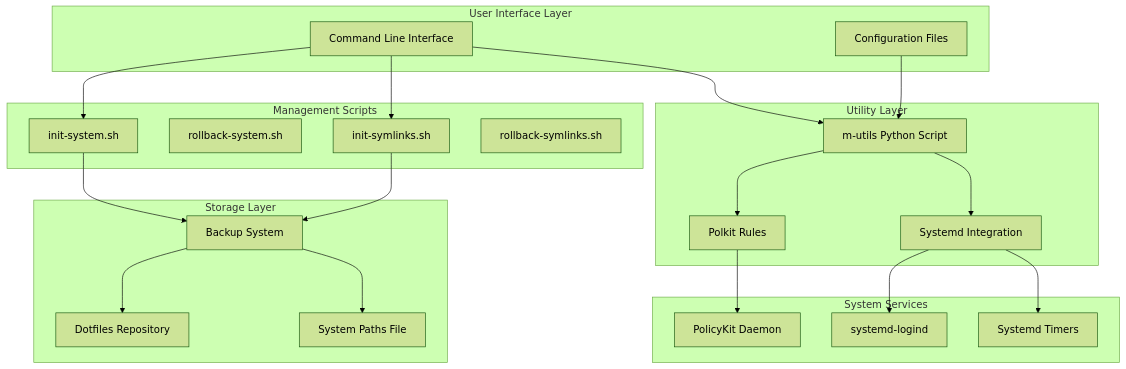
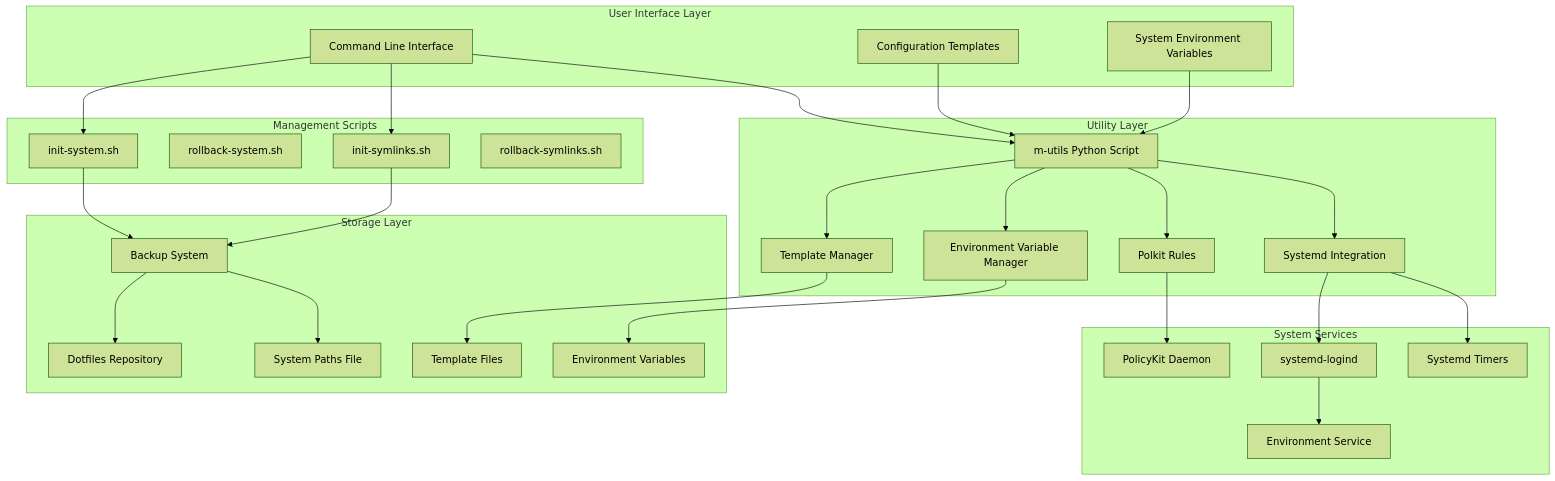
One commit to cr8ivecodesmith/dotfiles changed the second of 9 diagrams in .qoder/repowiki/en/content/System Integration/M-Utils System Management.md. Above: the diagram before and after it, drawn with Mermaid (forest theme). The commit also changed other lines of this file, not shown here.

First line of the commit message:
feat(system): introduce template-based config and system-wide environment management

````diff
--- a/.qoder/repowiki/en/content/System Integration/M-Utils System Management.md
+++ b/.qoder/repowiki/en/content/System Integration/M-Utils System Management.md
@@ -134,41 +149,53 @@
 ```mermaid
 graph TB
 subgraph "User Interface Layer"
 A[Command Line Interface]
-B[Configuration Files]
+B[Configuration Templates]
+C[System Environment Variables]
 end
 subgraph "Management Scripts"
-C[init-system.sh]
-D[rollback-system.sh]
-E[init-symlinks.sh]
-F[rollback-symlinks.sh]
+D[init-system.sh]
+E[rollback-system.sh]
+F[init-symlinks.sh]
+G[rollback-symlinks.sh]
 end
 subgraph "Utility Layer"
-G[m-utils Python Script]
-H[Polkit Rules]
-I[Systemd Integration]
+H[m-utils Python Script]
+I[Template Manager]
+J[Environment Variable Manager]
+K[Polkit Rules]
+L[Systemd Integration]
 end
 subgraph "System Services"
-J[systemd-logind]
-K[PolicyKit Daemon]
-L[Systemd Timers]
+M[systemd-logind]
+N[PolicyKit Daemon]
+O[Systemd Timers]
+P[Environment Service]
 end
 subgraph "Storage Layer"
-M[Backup System]
-N[Dotfiles Repository]
-O[System Paths File]
+Q[Backup System]
+R[Dotfiles Repository]
+S[Template Files]
+T[System Paths File]
+U[Environment Variables]
 end
-A --> C
-A --> E
-A --> G
-B --> G
-C --> M
-E --> M
-G --> H
-G --> I
+A --> D
+A --> F
+A --> H
+B --> H
+C --> H
+D --> Q
+F --> Q
+H --> I
+H --> J
 H --> K
-I --> J
-I --> L
-M --> N
-M --> O
+H --> L
+I --> S
+J --> U
+K --> N
+L --> M
+L --> O
+M --> P
+Q --> R
+Q --> T
 ```
````
